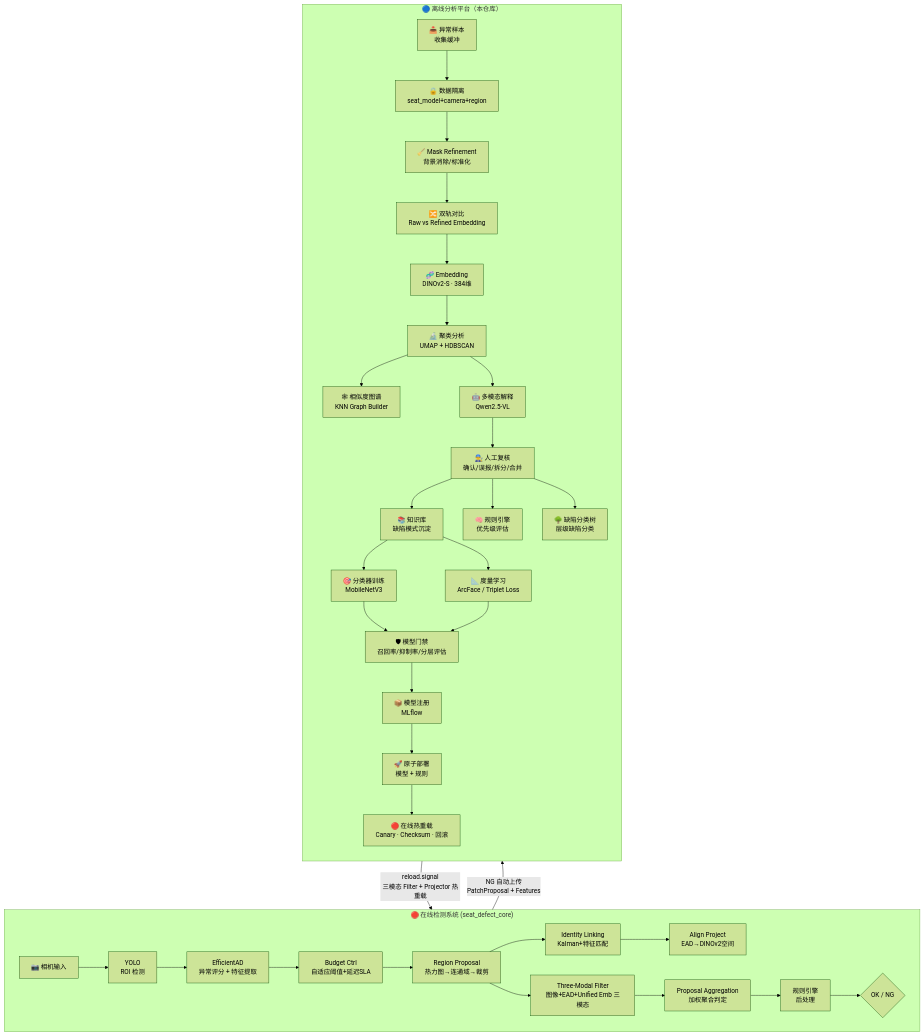
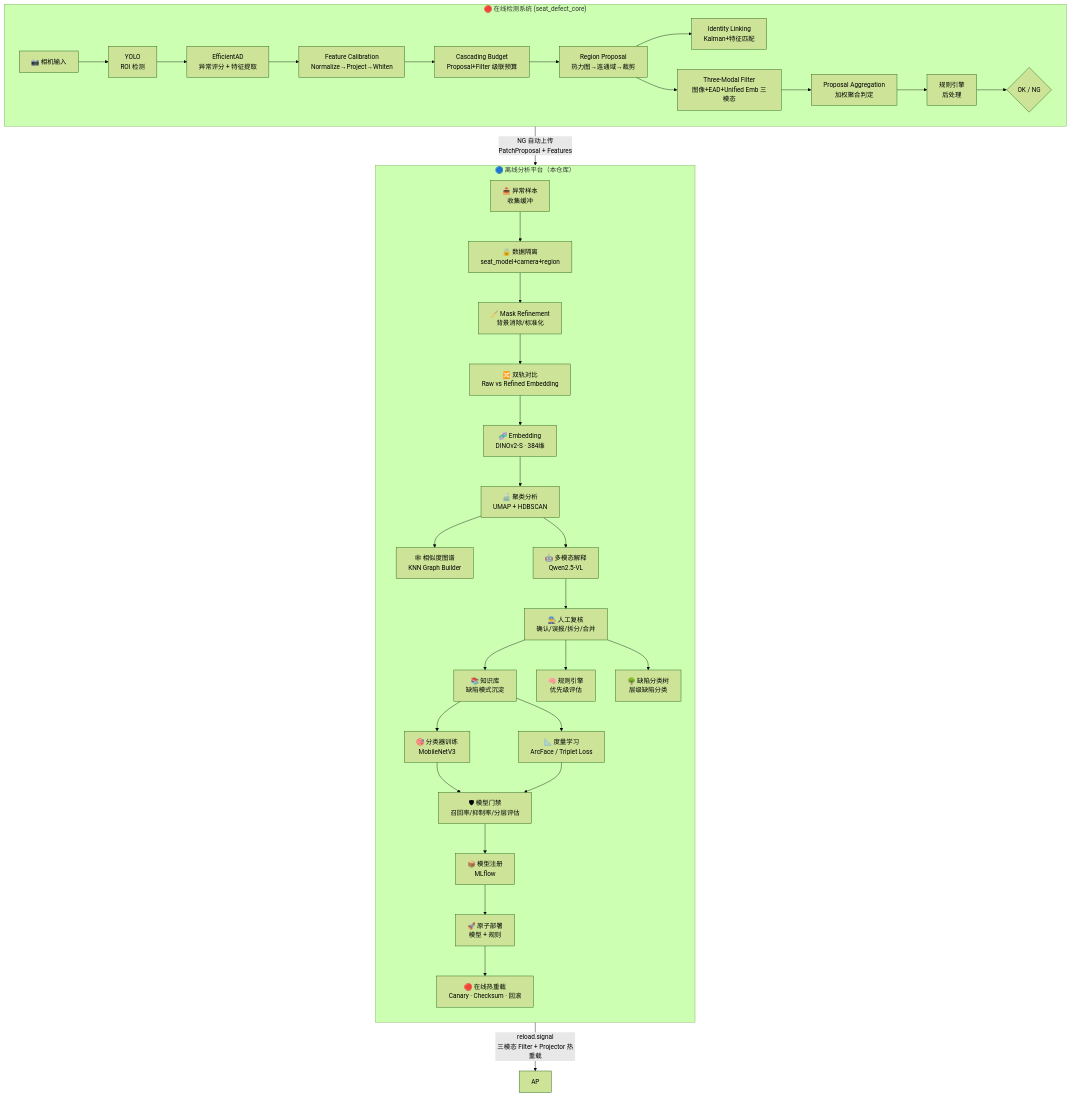
One commit to celien99/offline-analysis-platform changed the diagram in README.md. Above: the diagram before and after it, drawn with Mermaid (forest theme). The commit also changed other lines of this file and 1 other file, not shown here.

First line of the commit message:
docs: 同步更新 README + USAGE 反映 Calibration + Cascading Budget

````diff
--- a/README.md
+++ b/README.md
@@ -35,41 +35,41 @@
 ```mermaid
 flowchart TB
     subgraph ONLINE["🔴 在线检测系统 (seat_defect_core)"]
         direction LR
         CAM["📷 相机输入"] --> YOLO["YOLO<br/>ROI 检测"]
         YOLO --> PC["EfficientAD<br/>异常评分 + 特征提取"]
-        PC --> BC["Budget Ctrl<br/>自适应阈值+延迟SLA"]
+        PC --> CAL["Feature Calibration<br/>Normalize→Project→Whiten"]
+        CAL --> BC["Cascading Budget<br/>Proposal+Filter 级联预算"]
         BC --> RP["Region Proposal<br/>热力图→连通域→裁剪"]
         RP --> IL["Identity Linking<br/>Kalman+特征匹配"]
-        IL --> AP["Align Project<br/>EAD→DINOv2空间"]
         RP --> FC["Three-Modal Filter<br/>图像+EAD+Unified Emb 三模态"]
         FC --> AG["Proposal Aggregation<br/>加权聚合判定"]
         AG --> RE["规则引擎<br/>后处理"]
         RE --> DECISION{"OK / NG"}
     end
 
     subgraph OFFLINE["🔵 离线分析平台（本仓库）"]
         direction TB
         INGEST["📥 异常样本<br/>收集缓冲"] --> ISOLATION["🔒 数据隔离<br/>seat_model+camera+region"]
         ISOLATION --> MASK["🧹 Mask Refinement<br/>背景消除/标准化"]
         MASK --> DUAL["🔀 双轨对比<br/>Raw vs Refined Embedding"]
         DUAL --> EMBED["🧬 Embedding<br/>DINOv2-S · 384维"]
         EMBED --> CLUSTER["🔬 聚类分析<br/>UMAP + HDBSCAN"]
         CLUSTER --> GRAPH["🕸 相似度图谱<br/>KNN Graph Builder"]
         CLUSTER --> VLM["🤖 多模态解释<br/>Qwen2.5-VL"]
         VLM --> REVIEW["👨‍🔧 人工复核<br/>确认/误报/拆分/合并"]
         REVIEW --> KB["📚 知识库<br/>缺陷模式沉淀"]
         REVIEW --> RULES["🧠 规则引擎<br/>优先级评估"]
         REVIEW --> TAX["🌳 缺陷分类树<br/>层级缺陷分类"]
         KB --> TRAIN["🎯 分类器训练<br/>MobileNetV3"]
         KB --> METRIC["📐 度量学习<br/>ArcFace / Triplet Loss"]
         TRAIN --> GATE["🛡 模型门禁<br/>召回率/抑制率/分层评估"]
         METRIC --> GATE
         GATE --> REGISTRY["📦 模型注册<br/>MLflow"]
         REGISTRY --> DEPLOY["🚀 原子部署<br/>模型 + 规则"]
         DEPLOY --> HOT["🔴 在线热重载<br/>Canary · Checksum · 回滚"]
     end
 
     ONLINE -->|"NG 自动上传<br/>PatchProposal + Features"| INGEST
     HOT -->|"reload.signal<br/>三模态 Filter + Projector 热重载"| AP
 ```
````
